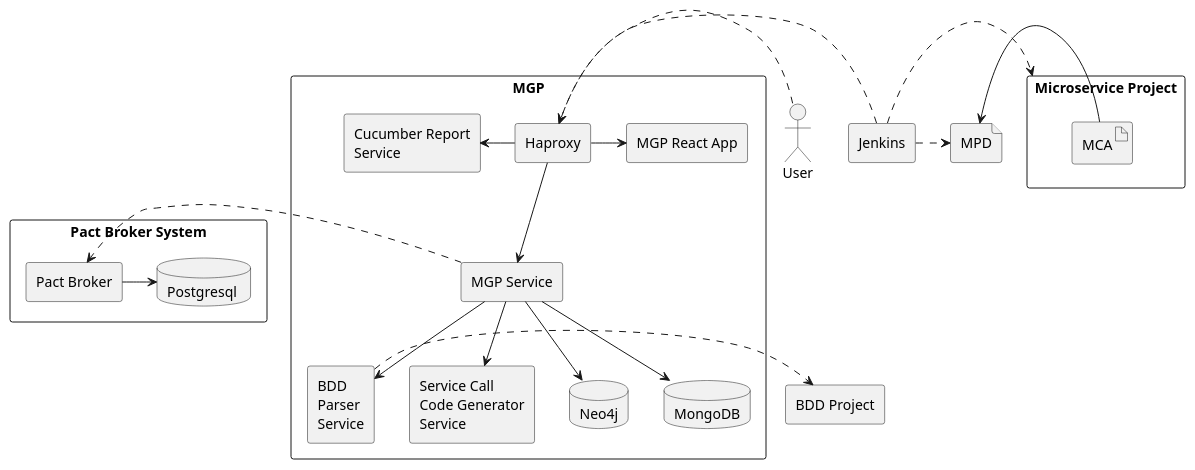
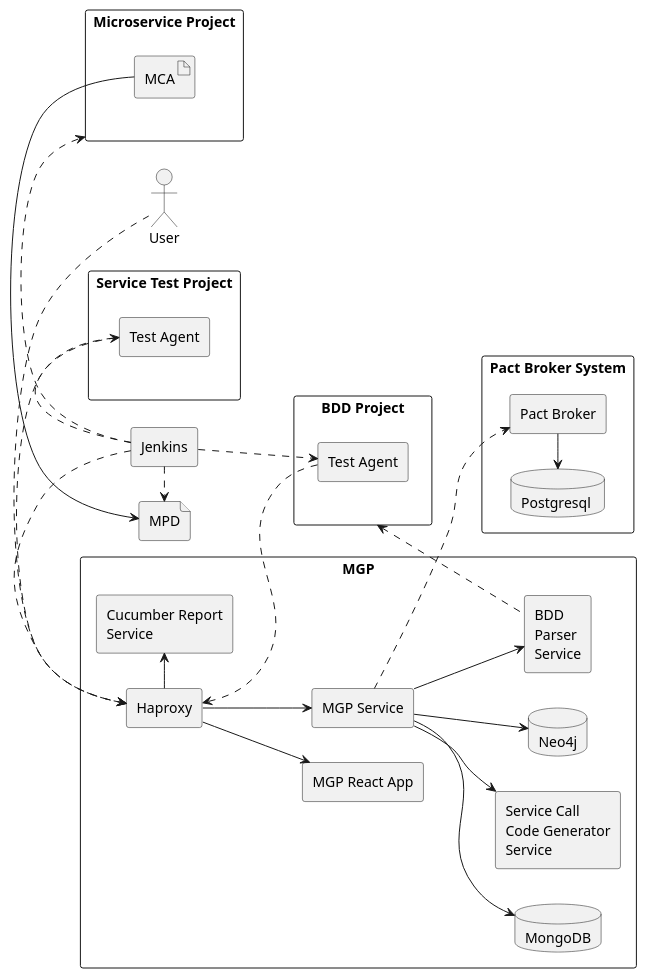
The diagram in diagram/deployment.puml (b4456609/mgp-back), drawn with PlantUML before and after one commit.

```diff
--- a/diagram/deployment.puml
+++ b/diagram/deployment.puml
@@ -1,40 +1,53 @@
 @startuml
 'scale 2
+left to right direction
 Actor User as u
 rectangle Jenkins as j
-rectangle "BDD Project" as bdd
 
 rectangle "Pact Broker System" {
     rectangle "Pact Broker" as pb
     database "Postgresql " as pg
-    pb -> pg
+    pb -l-> pg
 }
 rectangle "Microservice Project" as mp {
     artifact MCA as mca
+}
+rectangle "BDD Project" as bddp {
+    rectangle "Test Agent" as bta
+}
+rectangle "Service Test Project" as stp {
+    rectangle "Test Agent" as sta
 }
 file MPD as mpd
 rectangle "MGP"{
     rectangle Haproxy as ha
     rectangle "MGP React App" as ra
     rectangle "Service Call\nCode Generator\nService" as cg
     rectangle "BDD\nParser\nService" as bp
     rectangle "Cucumber Report\nService" as cr
     rectangle "MGP Service" as ab
     database "Neo4j" as n
     database "MongoDB" as m
-    ha -> ra
-    ha -l-> cr
+    ha -d-> ra
+    ha -> cr
     ha -d-> ab
     ab -d-> n
     ab -d-> m
     ab -d-> cg
     ab -d-> bp
 }
-bp .> bdd
+j .> sta
+j .> bta
+ha <. sta
+ha <. bta
+bp .u.> bddp
 u .> ha
 j .> ha
-ab .> pb
+ab .d.> pb
 j .> mp
 mca -> mpd
 j .> mpd
+
+stp -[hidden]-> pb
+bddp -[hidden]-> pb
 @enduml
```
